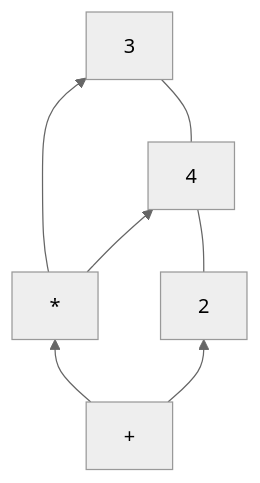
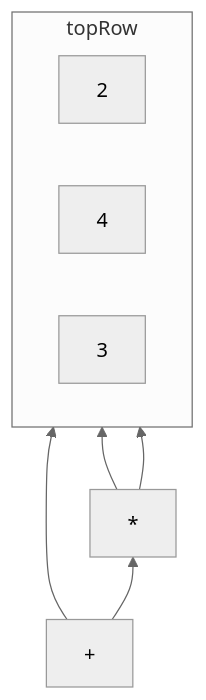
Before and after one commit to jecki/logicConverter: the first of 2 diagrams in Parsing_the_Principia.md, drawn with Mermaid (neutral theme).

````diff
--- a/Parsing_the_Principia.md
+++ b/Parsing_the_Principia.md
@@ -47,16 +47,17 @@
 ```mermaid
 graph BT
     plus["+"] 
     times["*"]
-    two["2"]
-    four["4"]
-    three["3"]
+
+    subgraph topRow
+        direction LR
+        two["2"]
+        four["4"]
+        three["3"]
+    end
 
     plus --> two
     plus --> times
     times --> four
     times --> three
-
-    %% Hint to keep the numbers on one horizontal line
-    two --- four --- three
 ```
````
